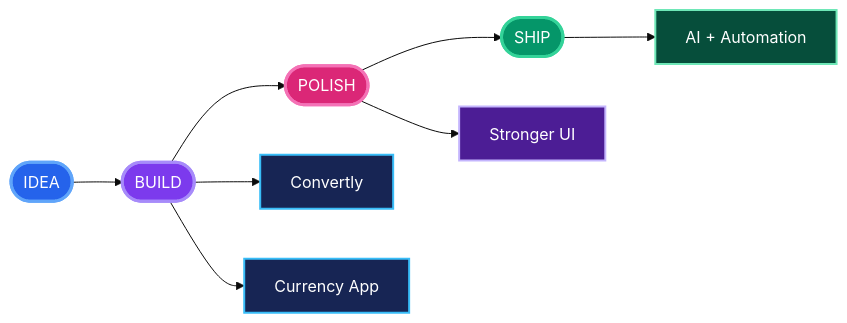
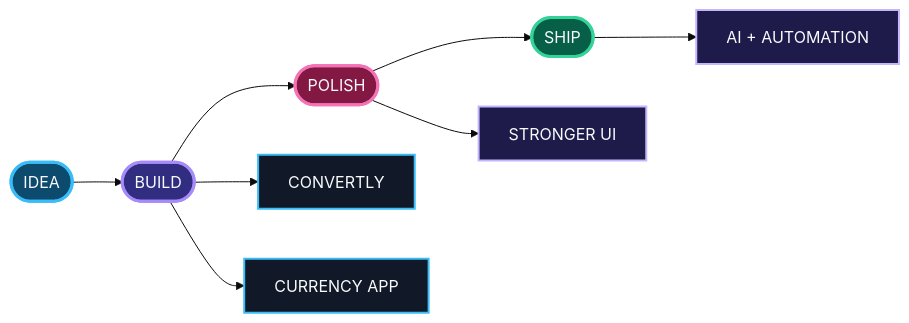
The first of 3 diagrams in README.md (alebaqinduni/alebaqinduni), drawn with Mermaid (base theme) before and after one commit. The commit also changed other lines of this file, not shown here.

````diff
--- a/README.md
+++ b/README.md
@@ -100,17 +72,14 @@
 ```mermaid
 flowchart LR
-    A([IDEA]):::idea --> B([BUILD]):::build
-    B --> C([POLISH]):::polish
-    C --> D([SHIP]):::ship
-    B --> E[Convertly]:::project
-    B --> F[Currency App]:::project
-    C --> G[Stronger UI]:::future
-    D --> H[AI + Automation]:::explore
-    classDef idea fill:#2563EB,stroke:#60A5FA,color:#fff,stroke-width:3px;
-    classDef build fill:#7C3AED,stroke:#A78BFA,color:#fff,stroke-width:3px;
-    classDef polish fill:#DB2777,stroke:#F472B6,color:#fff,stroke-width:3px;
-    classDef ship fill:#059669,stroke:#34D399,color:#fff,stroke-width:3px;
-    classDef project fill:#172554,stroke:#38BDF8,color:#fff,stroke-width:2px;
-    classDef future fill:#4C1D95,stroke:#C4B5FD,color:#fff,stroke-width:2px;
-    classDef explore fill:#064E3B,stroke:#6EE7B7,color:#fff,stroke-width:2px;
+    I([IDEA]):::idea --> B([BUILD]):::build --> P([POLISH]):::polish --> S([SHIP]):::ship
+    B --> C[CONVERTLY]:::project
+    B --> M[CURRENCY APP]:::project
+    P --> U[STRONGER UI]:::future
+    S --> A[AI + AUTOMATION]:::future
+    classDef idea fill:#0C4A6E,stroke:#38BDF8,color:#F8FAFC,stroke-width:3px;
+    classDef build fill:#312E81,stroke:#A78BFA,color:#F8FAFC,stroke-width:3px;
+    classDef polish fill:#831843,stroke:#F472B6,color:#F8FAFC,stroke-width:3px;
+    classDef ship fill:#065F46,stroke:#34D399,color:#F8FAFC,stroke-width:3px;
+    classDef project fill:#111827,stroke:#38BDF8,color:#F8FAFC,stroke-width:2px;
+    classDef future fill:#1E1B4B,stroke:#C4B5FD,color:#F8FAFC,stroke-width:2px;
 ```
````
